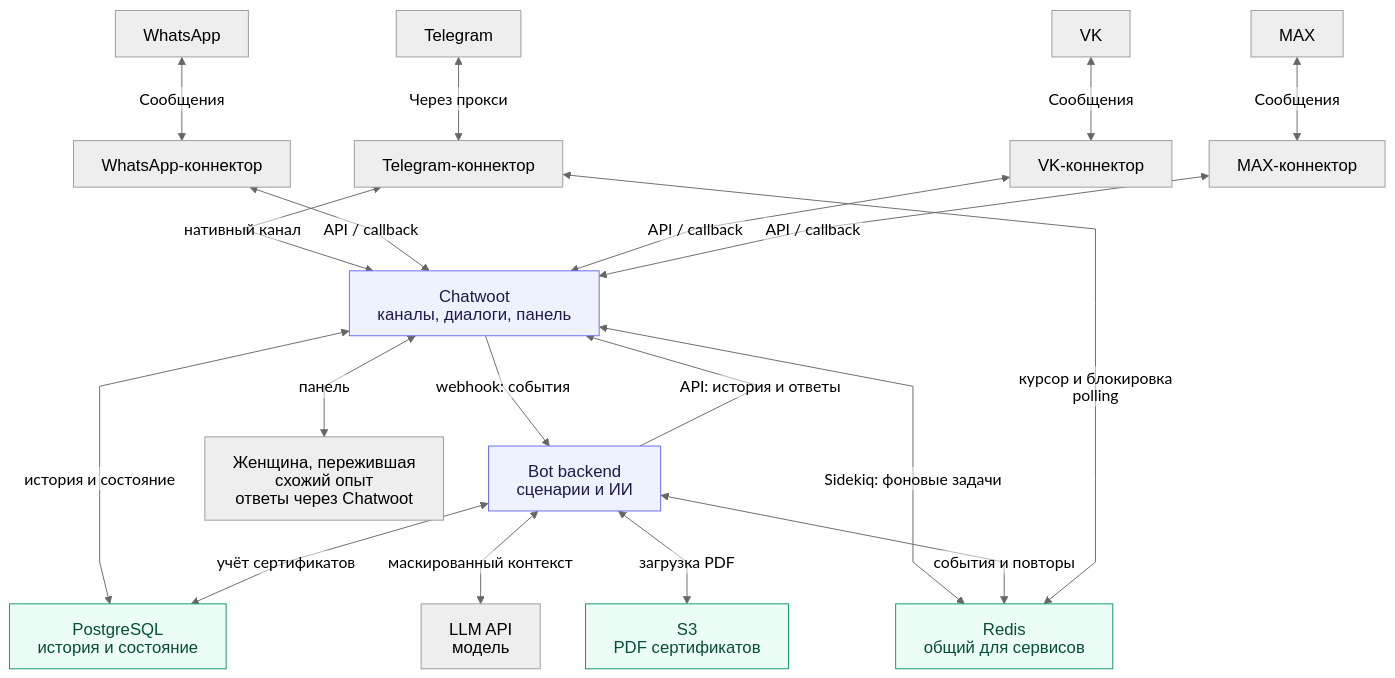
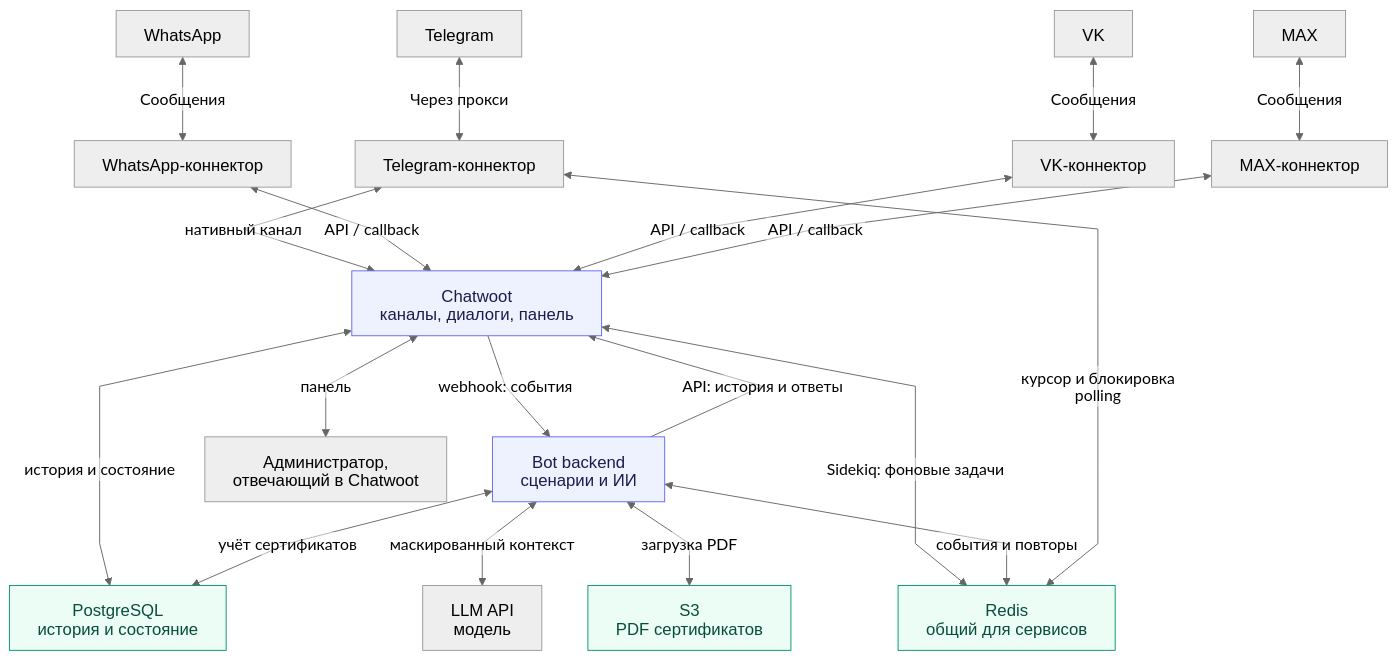
Before and after one commit to lebwa82/female_homelessness: the diagram in docs/architecture.md, drawn with Mermaid. The commit also changed other lines of this file and 2 other files, not shown here.

Commit message:
Rename Chatwoot staff block to administrator

````diff
--- a/docs/architecture.md
+++ b/docs/architecture.md
@@ -17,64 +17,64 @@
 ```mermaid
 ---
 config:
   theme: neutral
   htmlLabels: false
   flowchart:
     curve: linear
     nodeSpacing: 40
     rankSpacing: 65
     wrappingWidth: 230
   themeVariables:
     fontFamily: Arial, sans-serif
     fontSize: 17px
   themeCSS: |
     .edgeLabel text { font-family: Arial, sans-serif; font-size: 16px; }
 ---
 flowchart TB
     accTitle: Целевая архитектура приложения Невидимого фонда
-    accDescr: Telegram, WhatsApp, VK и MAX связаны с Chatwoot через логические блоки коннекторов. Telegram-транспорт работает через прокси. Chatwoot отправляет события бэкенду через webhook; бэкенд работает с Chatwoot API, LLM, S3 и учётом сертификатов в PostgreSQL. Общий Redis используется Chatwoot для фоновых задач Sidekiq, бэкендом для очереди событий и повторов, Telegram-коннектором для курсора и блокировки polling. Человек отвечает через панель Chatwoot.
+    accDescr: Telegram, WhatsApp, VK и MAX связаны с Chatwoot через логические блоки коннекторов. Telegram-транспорт работает через прокси. Chatwoot отправляет события бэкенду через webhook; бэкенд работает с Chatwoot API, LLM, S3 и учётом сертификатов в PostgreSQL. Общий Redis используется Chatwoot для фоновых задач Sidekiq, бэкендом для очереди событий и повторов, Telegram-коннектором для курсора и блокировки polling. Администратор отвечает через панель Chatwoot.
 
     TG["Telegram"]
     WA["WhatsApp"]
     VK["VK"]
     MAX["MAX"]
 
     TRANSPORT["Telegram-коннектор"]
     WA_CONNECTOR["WhatsApp-коннектор"]
     VK_CONNECTOR["VK-коннектор"]
     MAX_CONNECTOR["MAX-коннектор"]
 
     CW["Chatwoot<br/>каналы, диалоги, панель"]
     AGENT["Bot backend<br/>сценарии и ИИ"]
-    STAFF["Женщина, пережившая<br/>схожий опыт<br/>ответы через Chatwoot"]
+    STAFF["Администратор,<br/>отвечающий в Chatwoot"]
     PG["PostgreSQL<br/>история и состояние"]
     LLM["LLM API<br/>модель"]
     S3["S3<br/>PDF сертификатов"]
     REDIS["Redis<br/>общий для сервисов"]
 
     TG <-->|"Через прокси"| TRANSPORT
     TRANSPORT <-->|"нативный канал"| CW
     WA <-->|"Сообщения"| WA_CONNECTOR
     VK <-->|"Сообщения"| VK_CONNECTOR
     MAX <-->|"Сообщения"| MAX_CONNECTOR
     WA_CONNECTOR <-->|"API / callback"| CW
     VK_CONNECTOR <-->|"API / callback"| CW
     MAX_CONNECTOR <-->|"API / callback"| CW
 
     CW -->|"webhook: события"| AGENT
     AGENT -->|"API: история и ответы"| CW
     CW <-->|"панель"| STAFF
     CW <-->|"история и состояние"| PG
     AGENT <-->|"учёт сертификатов"| PG
     AGENT <-->|"маскированный контекст"| LLM
     AGENT <-->|"загрузка PDF"| S3
     CW <-->|"Sidekiq: фоновые задачи"| REDIS
     AGENT <-->|"события и повторы"| REDIS
     TRANSPORT <-->|"курсор и блокировка polling"| REDIS
 
     classDef default font-family:Arial,font-size:18px;
     classDef app fill:#eef2ff,stroke:#6366f1,color:#1e1b4b;
     classDef storage fill:#ecfdf5,stroke:#059669,color:#064e3b;
     class CW,AGENT app;
     class PG,S3,REDIS storage;
 ```
````
